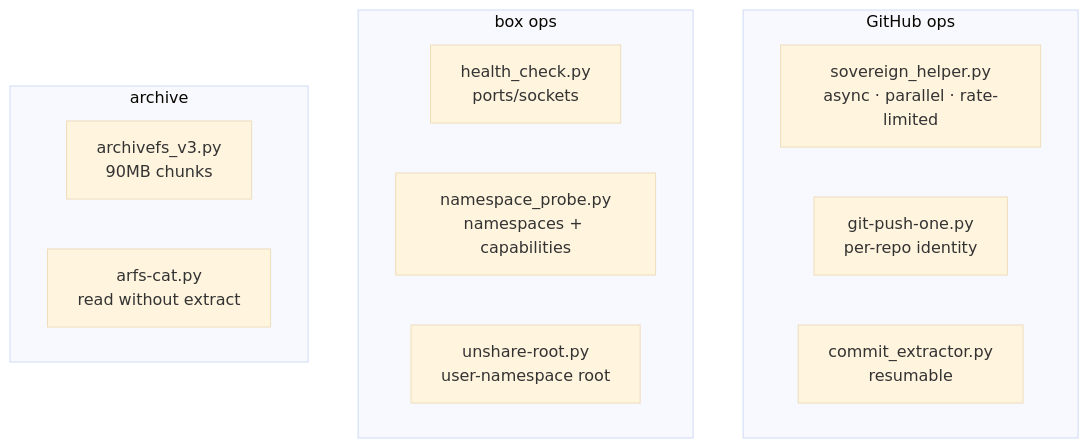
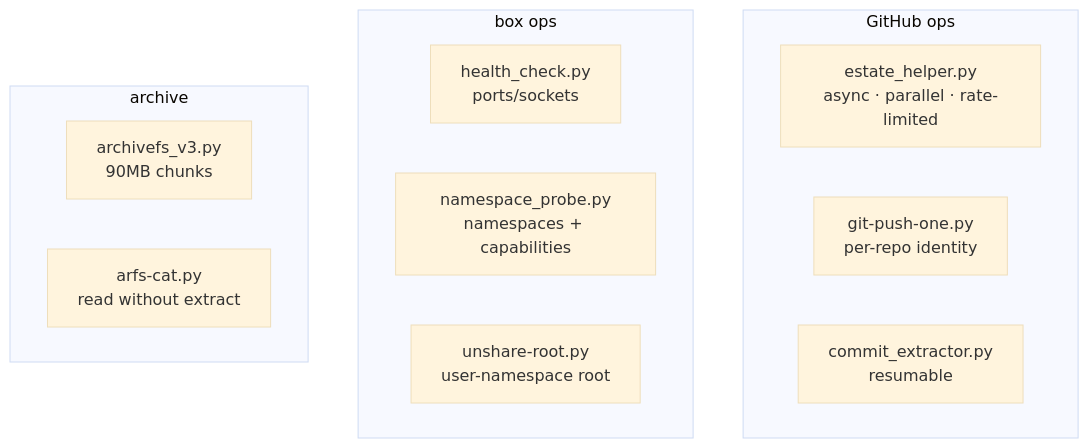
The diagram in packages/sovereign-scripts/README.md (toxicwind/estate), drawn with Mermaid (base theme) before and after one commit. The commit also changed other lines of this file and 679 other files, not shown here.

First line of the commit message:
rename: sovereign -> estate namespace across live docs/skills/scripts/config

````diff
--- a/packages/sovereign-scripts/README.md
+++ b/packages/sovereign-scripts/README.md
@@ -33,17 +33,17 @@
 ```mermaid
 flowchart TB
     subgraph gh[GitHub ops]
-        SH[sovereign_helper.py<br/>async · parallel · rate-limited]
+        SH[estate_helper.py<br/>async · parallel · rate-limited]
         GP[git-push-one.py<br/>per-repo identity]
         CE[commit_extractor.py<br/>resumable]
     end
     subgraph box[box ops]
         HC[health_check.py<br/>ports/sockets]
         NP[namespace_probe.py<br/>namespaces + capabilities]
         UR[unshare-root.py<br/>user-namespace root]
     end
     subgraph data[archive]
         A3[archivefs_v3.py<br/>90MB chunks]
         AC[arfs-cat.py<br/>read without extract]
     end
 ```
````
